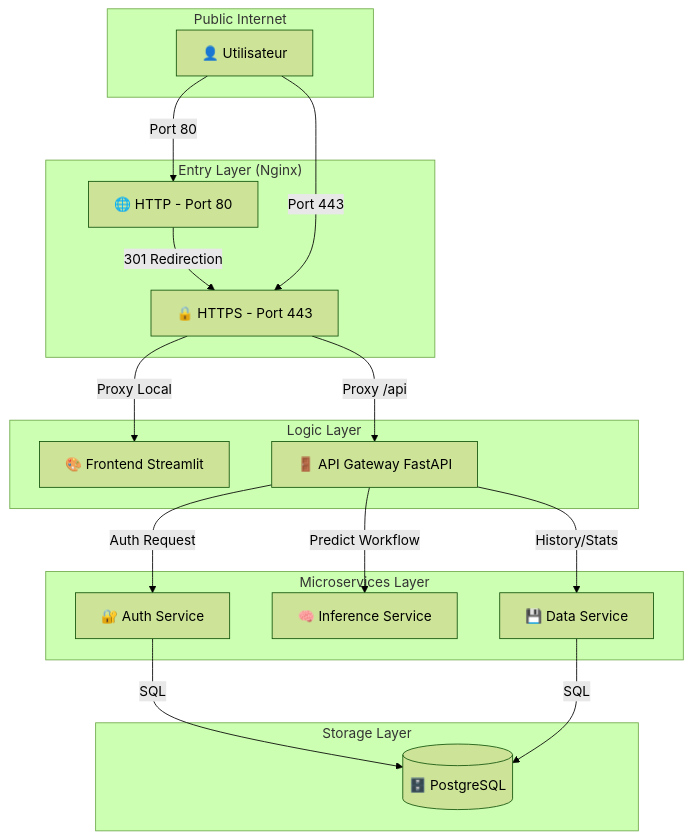
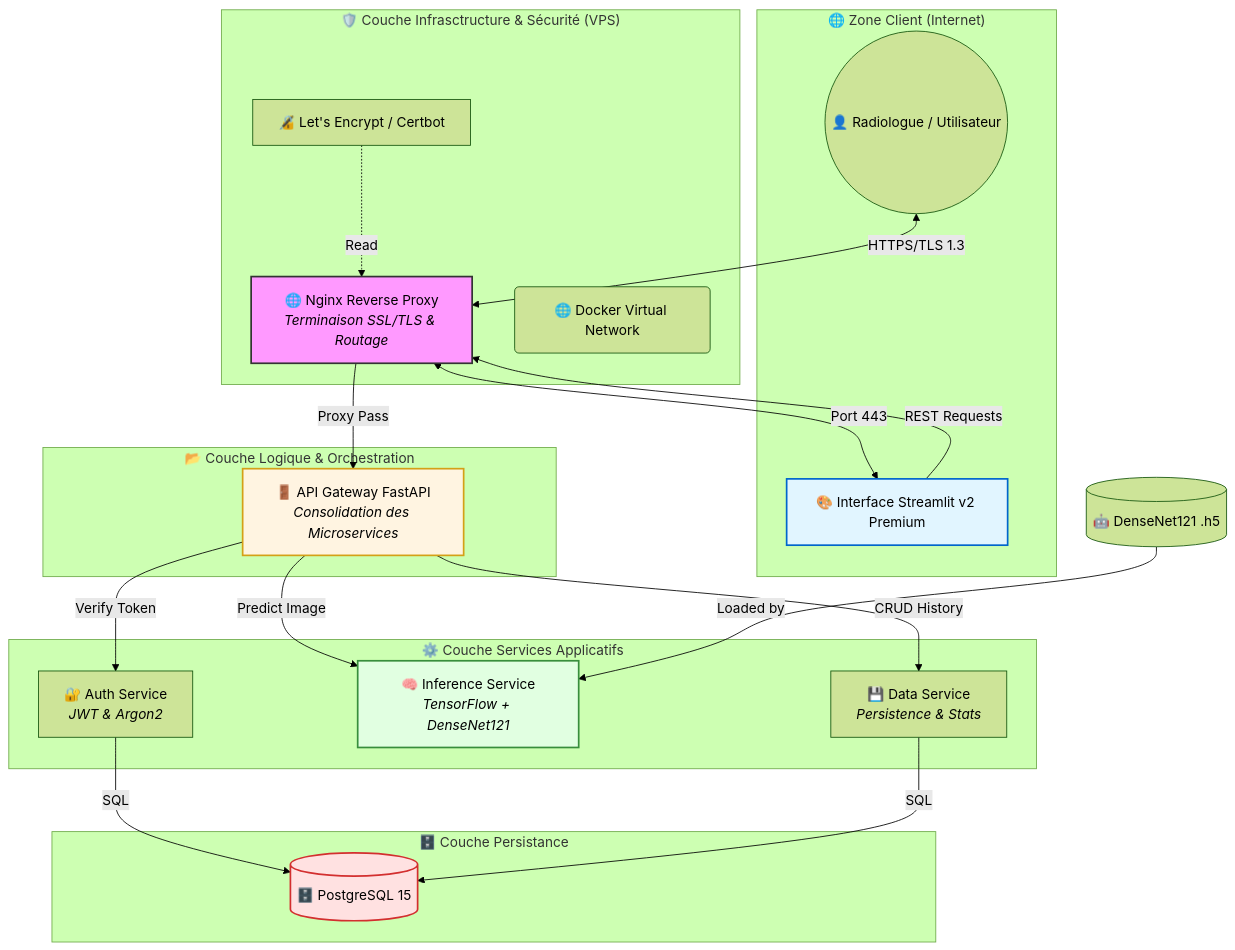
One commit to mnjaay/DL-CancerDuSein changed the diagram in ARCHITECTURE.md. Above: the diagram before and after it, drawn with Mermaid (forest theme). The commit also changed other lines of this file and 2 other files, not shown here.

Commit message:
Fix: commantaires

````diff
--- a/ARCHITECTURE.md
+++ b/ARCHITECTURE.md
@@ -22,39 +9,51 @@
 ```mermaid
 graph TB
-    subgraph "Public Internet"
-        U[👤 Utilisateur]
-    end
-    
-    subgraph "Entry Layer (Nginx)"
-        HTTPS[🔒 HTTPS - Port 443]
-        HTTP[🌐 HTTP - Port 80]
+    subgraph "🌐 Zone Client (Internet)"
+        User((👤 Radiologue / Utilisateur))
+        Browser[🎨 Interface Streamlit v2 Premium]
     end
 
-    subgraph "Logic Layer"
-        F[🎨 Frontend Streamlit]
-        G[🚪 API Gateway FastAPI]
-    end
-    
-    subgraph "Microservices Layer"
-        A[🔐 Auth Service]
-        I[🧠 Inference Service]
-        D[💾 Data Service]
-    end
-    
-    subgraph "Storage Layer"
-        DB[(🗄️ PostgreSQL)]
+    subgraph "🛡️ Couche Infrasctructure & Sécurité (VPS)"
+        Nginx[🌐 Nginx Reverse Proxy<br/><i>Terminaison SSL/TLS & Routage</i>]
+        Certs[🔏 Let's Encrypt / Certbot]
+        Net(🌐 Docker Virtual Network)
     end
 
-    U -->|Port 80| HTTP
-    HTTP -->|301 Redirection| HTTPS
-    U -->|Port 443| HTTPS
+    subgraph "📂 Couche Logique & Orchestration"
+        Gateway[🚪 API Gateway FastAPI<br/><i>Consolidation des Microservices</i>]
+    end
+
+    subgraph "⚙️ Couche Services Applicatifs"
+        Auth[🔐 Auth Service<br/><i>JWT & Argon2</i>]
+        Inference[🧠 Inference Service<br/><i>TensorFlow + DenseNet121</i>]
+        DataSvc[💾 Data Service<br/><i>Persistence & Stats</i>]
+    end
+
+    subgraph "🗄️ Couche Persistance"
+        DB[(🗄️ PostgreSQL 15)]
+    end
+
+    %% Flux de données
+    User <-->|HTTPS/TLS 1.3| Nginx
+    Nginx <-->|Port 443| Browser
+    Browser -->|REST Requests| Nginx
+    Nginx -->|Proxy Pass| Gateway
     
-    HTTPS -->|Proxy Local| F
-    HTTPS -->|Proxy /api| G
+    Gateway -->|Verify Token| Auth
+    Gateway -->|Predict Image| Inference
+    Gateway -->|CRUD History| DataSvc
     
-    G -->|Auth Request| A
-    G -->|Predict Workflow| I
-    G -->|History/Stats| D
+    Auth -->|SQL| DB
+    DataSvc -->|SQL| DB
     
-    A & D -->|SQL| DB
+    %% Assets
+    Certs -.->|Read| Nginx
+    Models[(🤖 DenseNet121 .h5)] -->|Loaded by| Inference
+
+    %% Style
+    style Nginx fill:#f9f,stroke:#333,stroke-width:2px
+    style Gateway fill:#fff4e1,stroke:#d4a017,stroke-width:2px
+    style Inference fill:#e1ffe1,stroke:#388e3c,stroke-width:2px
+    style DB fill:#ffe1e1,stroke:#d32f2f,stroke-width:2px
+    style Browser fill:#e1f5ff,stroke:#0066cc,stroke-width:2px
 ```
````
